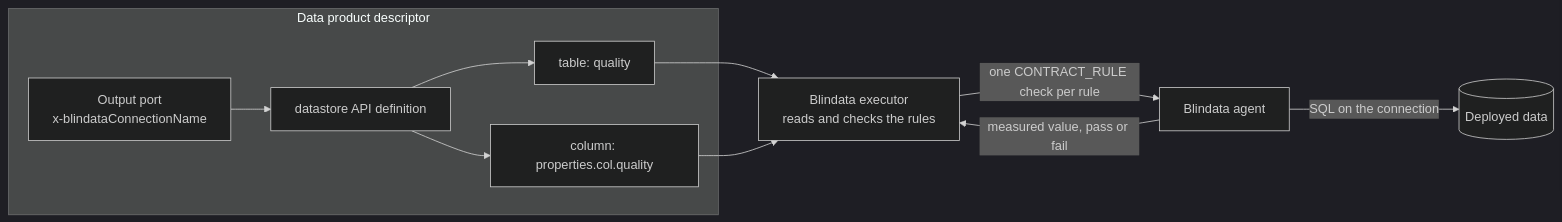
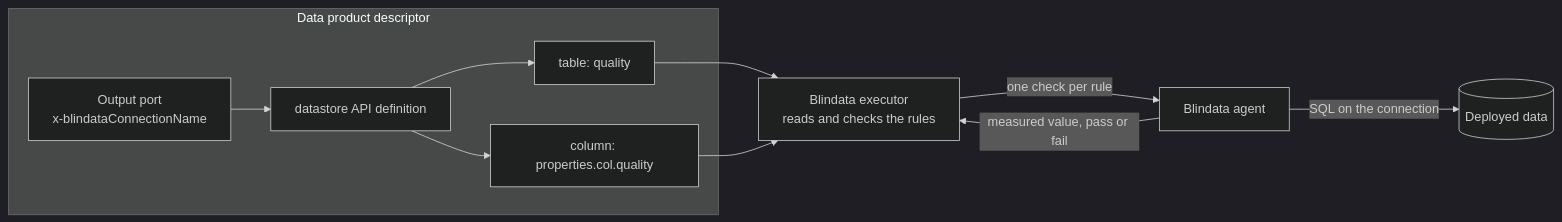
Before and after one commit to opendatamesh-initiative/odm-platform-adapter-devops-executor-blindata: the diagram in docs/reference/odcs-support.md, drawn with Mermaid (dark theme). The commit also changed other lines of this file and 4 other files, not shown here.

````diff
--- a/docs/reference/odcs-support.md
+++ b/docs/reference/odcs-support.md
@@ -5,13 +5,13 @@
 ```mermaid
 flowchart LR
   subgraph DESC[Data product descriptor]
     P[Output port<br/>x-blindataConnectionName] --> API[datastore API definition]
     API --> T[table: quality]
     API --> C[column: properties.col.quality]
   end
   T --> EX[Blindata executor<br/>reads and checks the rules]
   C --> EX
-  EX -->|one CONTRACT_RULE check per rule| AG[Blindata agent]
+  EX -->|one check per rule| AG[Blindata agent]
   AG -->|SQL on the connection| DB[(Deployed data)]
   AG -->|measured value, pass or fail| EX
 ```
````
